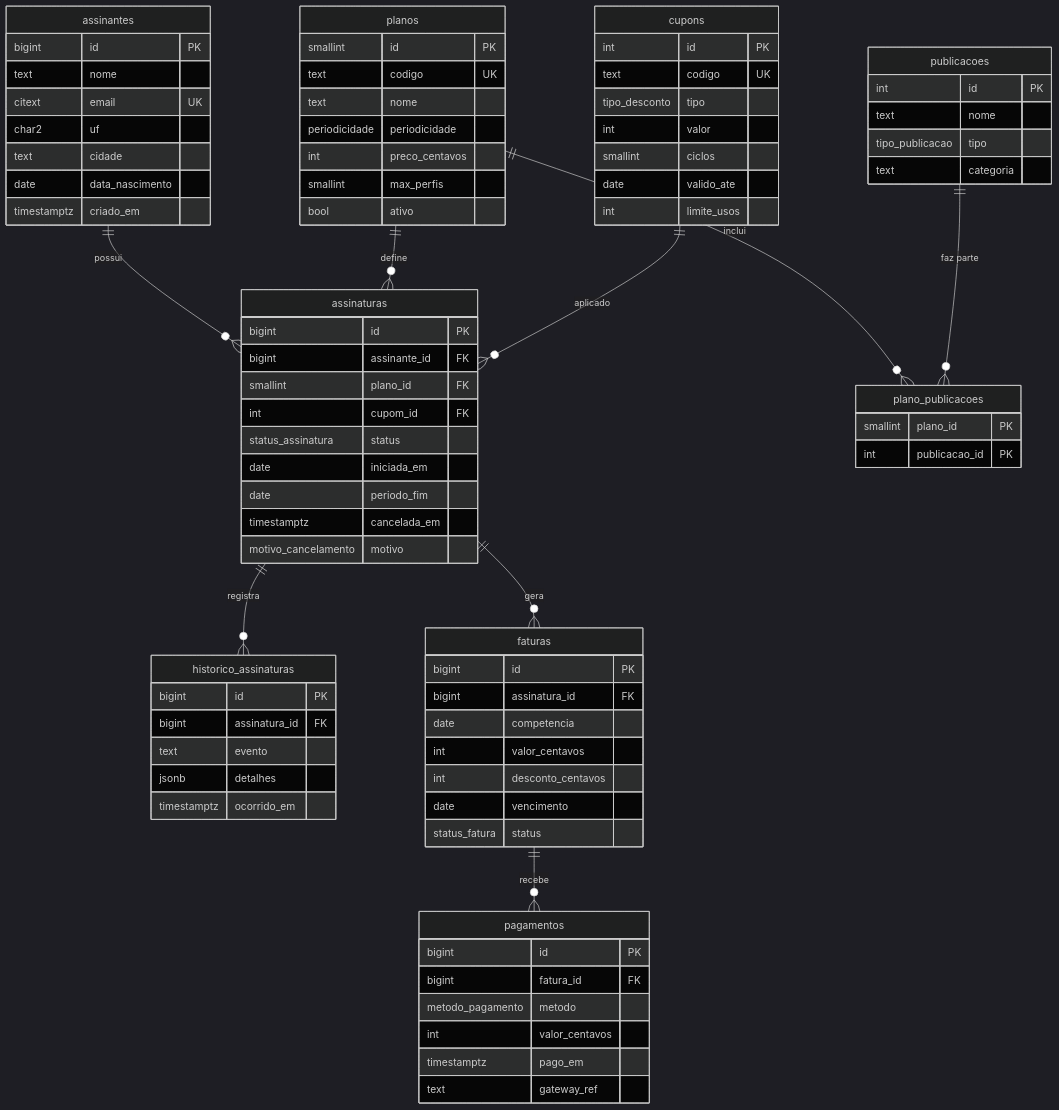
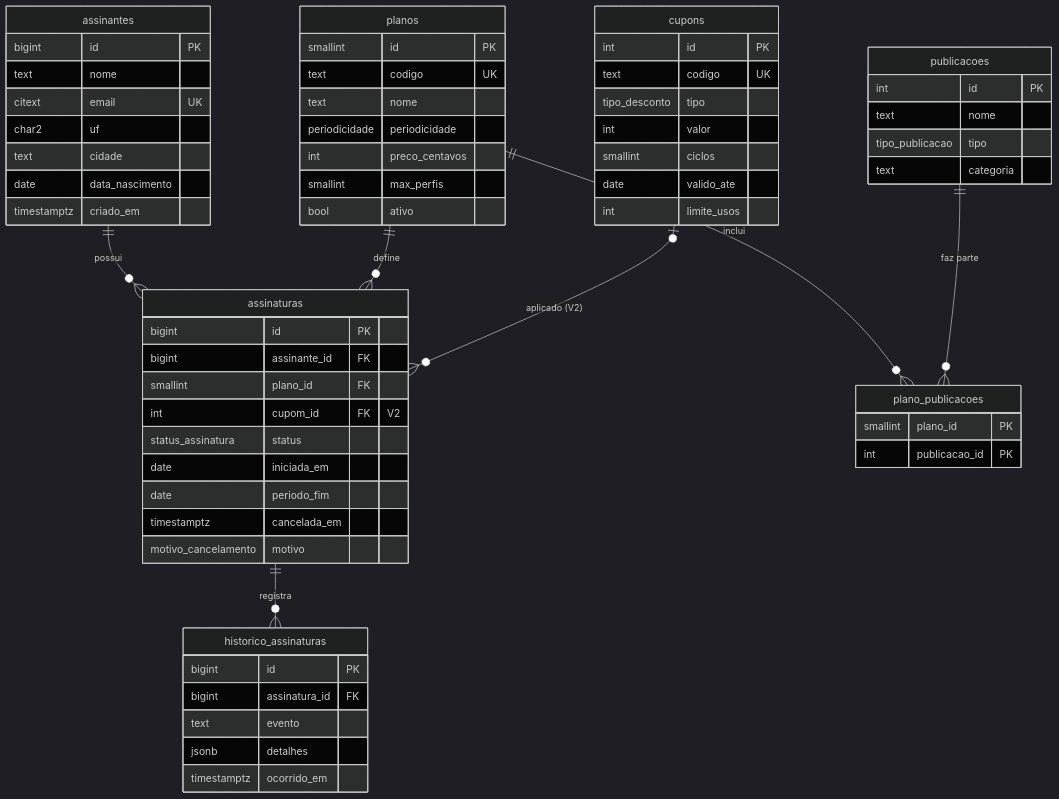
Before and after one commit to 00MOREIRA00/docker-postgresql-pgadmin: the diagram in docs/modelo-de-dados.md, drawn with Mermaid (dark theme). The commit also changed other lines of this file and 13 other files, not shown here.

Commit message:
feat: adiciona Flyway e schema inicial para v0.3.0

```diff
--- a/docs/modelo-de-dados.md
+++ b/docs/modelo-de-dados.md
@@ -11,9 +11,7 @@
     planos ||--o{ plano_publicacoes : inclui
     publicacoes ||--o{ plano_publicacoes : "faz parte"
     assinaturas ||--o{ historico_assinaturas : registra
-    assinaturas ||--o{ faturas : gera
-    faturas ||--o{ pagamentos : recebe
-    cupons ||--o{ assinaturas : aplicado
+    cupons |o--o{ assinaturas : "aplicado (V2)"
 
     assinantes {
         bigint id PK
@@ -47,7 +45,7 @@
         bigint id PK
         bigint assinante_id FK
         smallint plano_id FK
-        int cupom_id FK
+        int cupom_id FK "V2"
         status_assinatura status
         date iniciada_em
         date periodo_fim
@@ -61,23 +59,6 @@
         jsonb detalhes
         timestamptz ocorrido_em
     }
-    faturas {
-        bigint id PK
-        bigint assinatura_id FK
-        date competencia
-        int valor_centavos
-        int desconto_centavos
-        date vencimento
-        status_fatura status
-    }
-    pagamentos {
-        bigint id PK
-        bigint fatura_id FK
-        metodo_pagamento metodo
-        int valor_centavos
-        timestamptz pago_em
-        text gateway_ref
-    }
     cupons {
         int id PK
         text codigo UK
```
